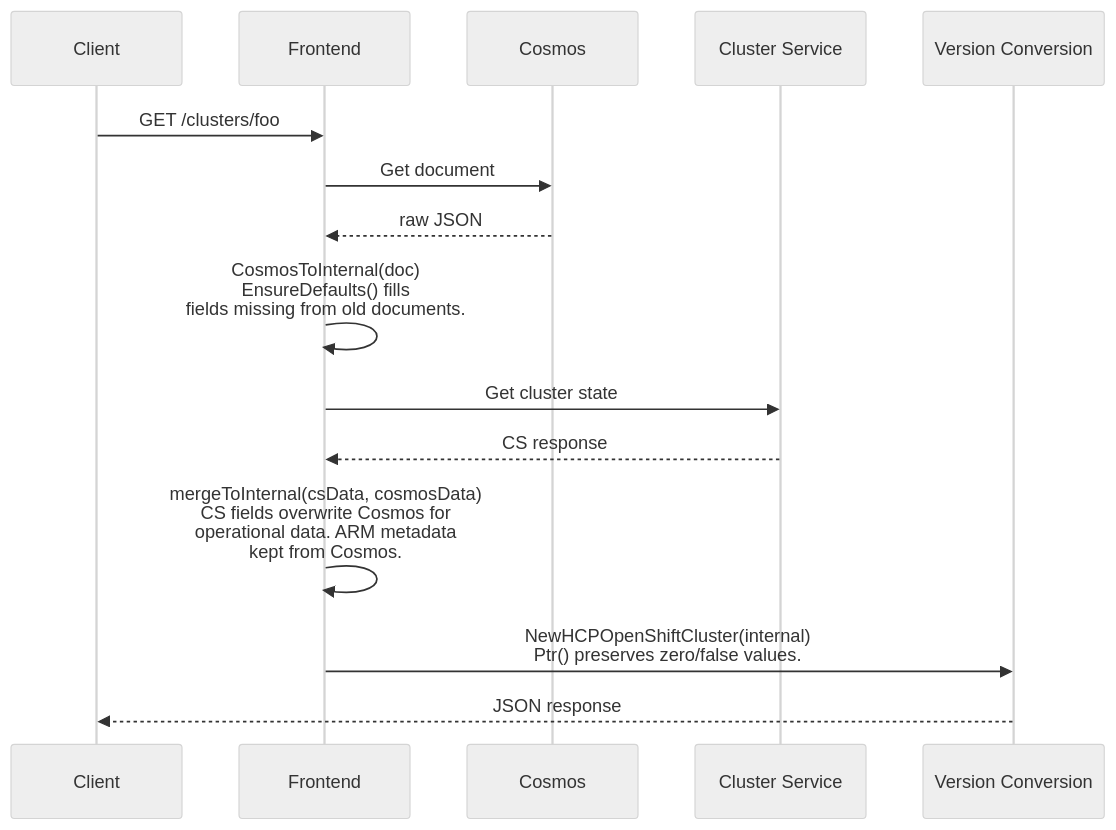
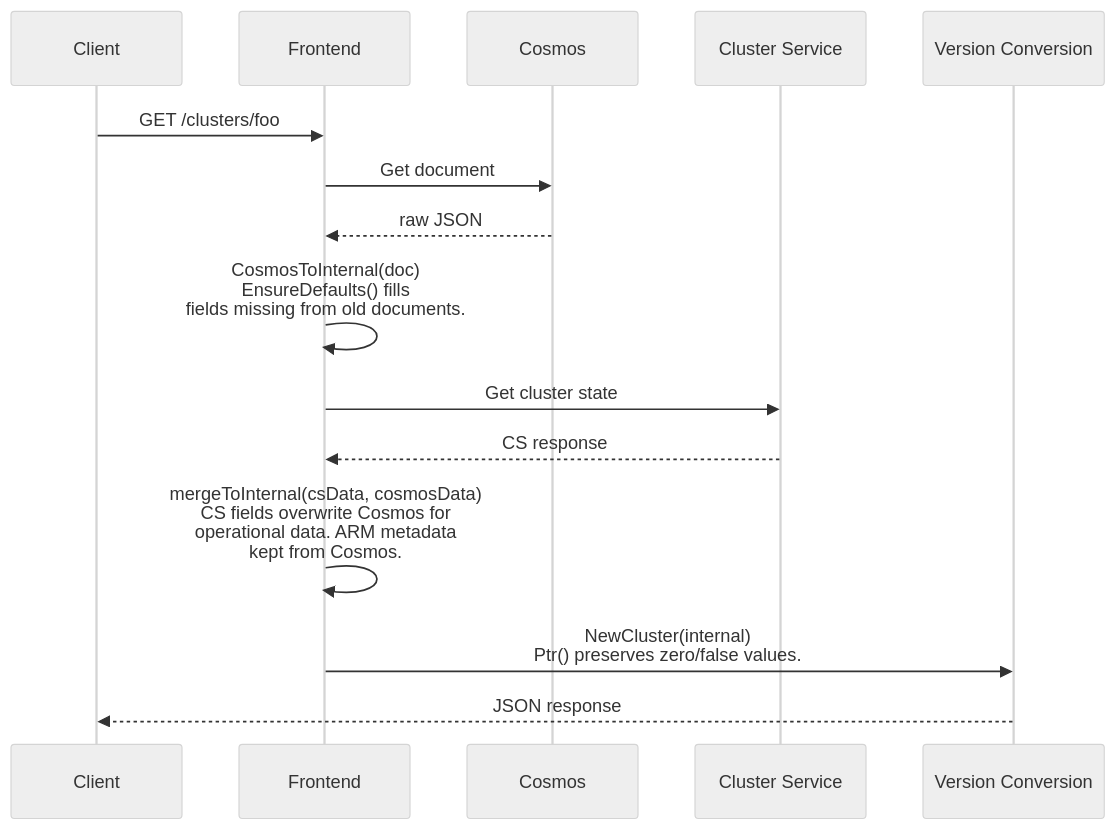
Before and after one commit to Azure/ARO-HCP: the third of 8 diagrams in docs/api-version-defaults-and-storage.md, drawn with Mermaid (neutral theme). The commit also changed other lines of this file and 72 other files, not shown here.

````diff
--- a/docs/api-version-defaults-and-storage.md
+++ b/docs/api-version-defaults-and-storage.md
@@ -91,18 +91,18 @@
 ```mermaid
 sequenceDiagram
     participant Client
     participant FE as Frontend
     participant Cosmos
     participant CS as Cluster Service
     participant Conv as Version Conversion
 
     Client->>FE: GET /clusters/foo
     FE->>Cosmos: Get document
     Cosmos-->>FE: raw JSON
     FE->>FE: CosmosToInternal(doc)<br/>EnsureDefaults() fills<br/>fields missing from old documents.
     FE->>CS: Get cluster state
     CS-->>FE: CS response
     FE->>FE: mergeToInternal(csData, cosmosData)<br/>CS fields overwrite Cosmos for<br/>operational data. ARM metadata<br/>kept from Cosmos.
-    FE->>Conv: NewHCPOpenShiftCluster(internal)<br/>Ptr() preserves zero/false values.
+    FE->>Conv: NewCluster(internal)<br/>Ptr() preserves zero/false values.
     Conv-->>Client: JSON response
 ```
````
